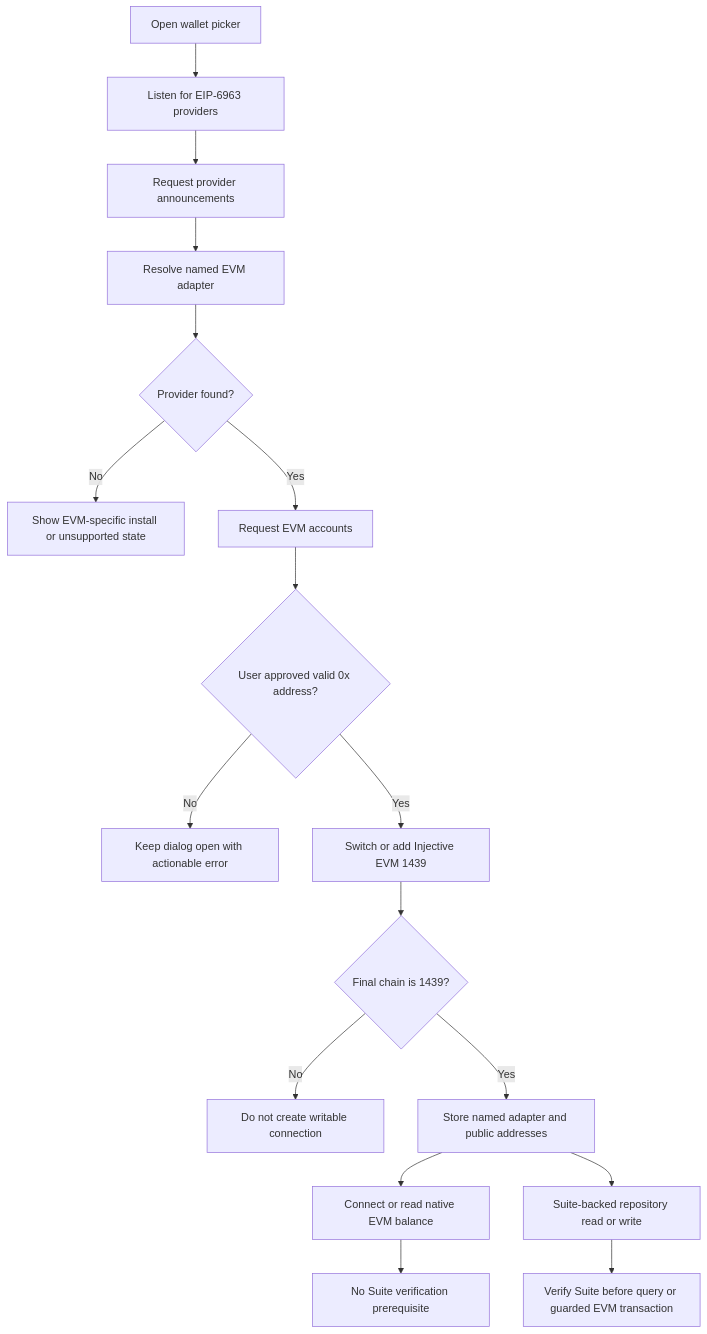
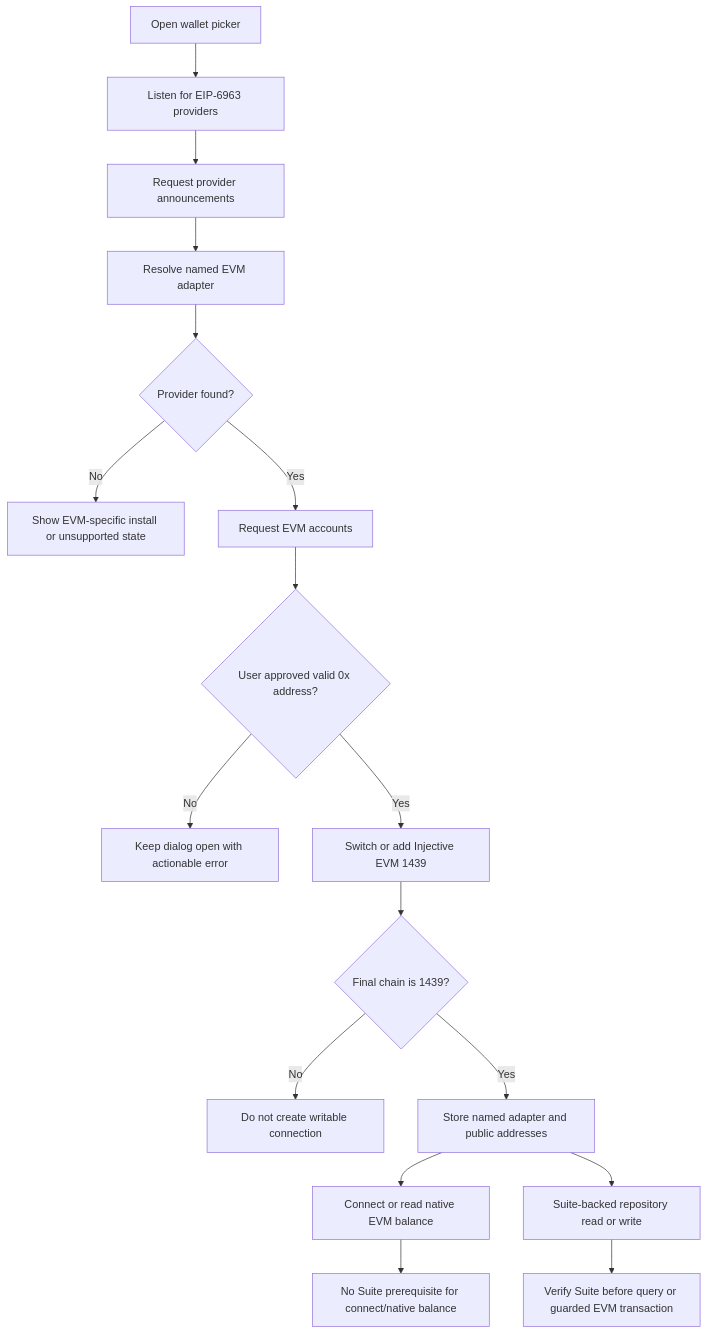
Before and after one commit to Hny0305Lin/next-injective-git: the diagram in docs/evm-wallet-compatibility.md, drawn with Mermaid. The commit also changed other lines of this file and 11 other files, not shown here.

````diff
--- a/docs/evm-wallet-compatibility.md
+++ b/docs/evm-wallet-compatibility.md
@@ -328,19 +367,19 @@
 ```mermaid
 flowchart TD
   A["Open wallet picker"] --> B["Listen for EIP-6963 providers"]
   B --> C["Request provider announcements"]
   C --> D["Resolve named EVM adapter"]
   D --> E{"Provider found?"}
   E -- "No" --> F["Show EVM-specific install or unsupported state"]
   E -- "Yes" --> G["Request EVM accounts"]
   G --> H{"User approved valid 0x address?"}
   H -- "No" --> I["Keep dialog open with actionable error"]
   H -- "Yes" --> J["Switch or add Injective EVM 1439"]
   J --> K{"Final chain is 1439?"}
   K -- "No" --> L["Do not create writable connection"]
   K -- "Yes" --> M["Store named adapter and public addresses"]
   M --> N["Connect or read native EVM balance"]
-  N --> P["No Suite verification prerequisite"]
+  N --> P["No Suite prerequisite for connect/native balance"]
   M --> O["Suite-backed repository read or write"]
   O --> Q["Verify Suite before query or guarded EVM transaction"]
 ```
````
